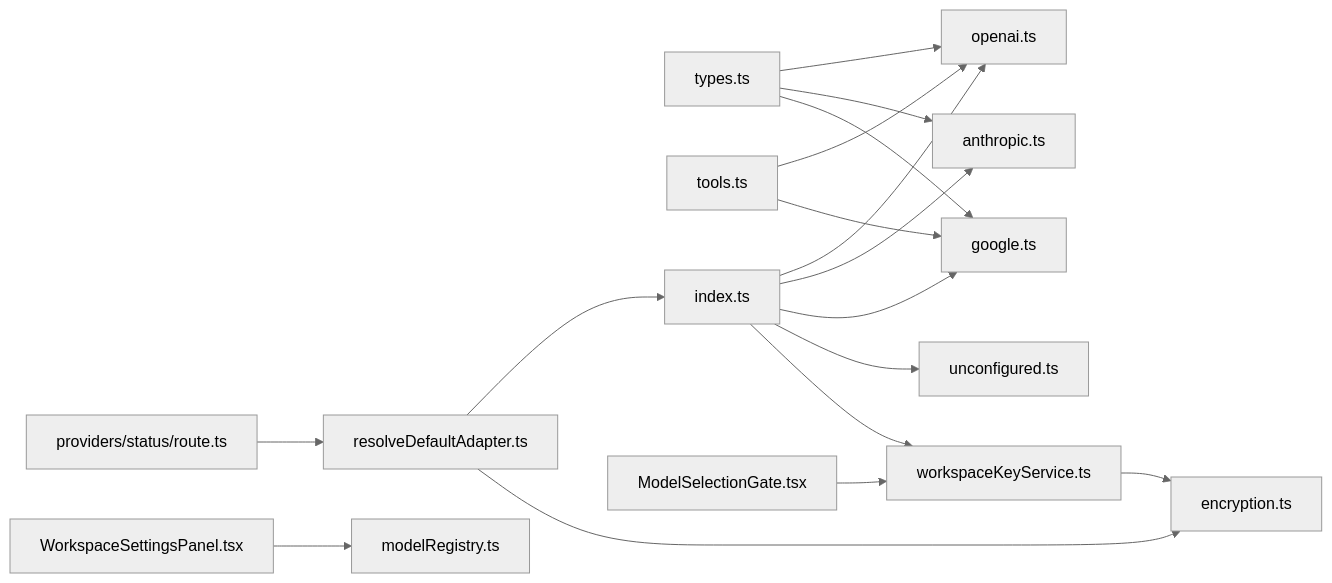
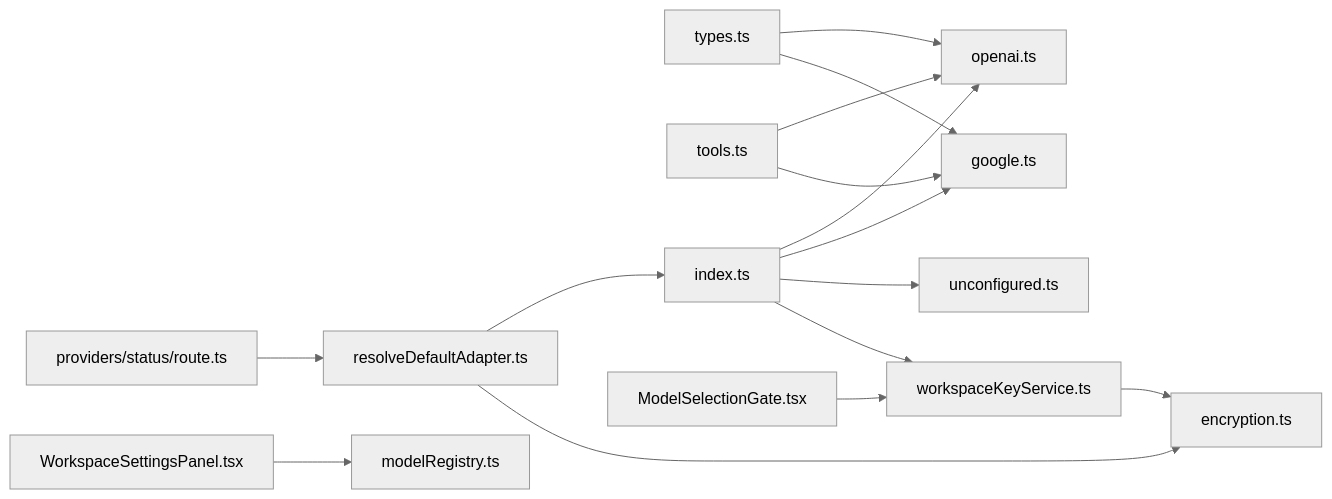
One commit to shekhargiri005-dotcom/AI-powered-accessibility-first-UI-engine changed the eighth of 8 diagrams in .qoder/repowiki/en/content/AI Generation Engine/AI Provider Adapters/AI Provider Adapters.md. Above: the diagram before and after it, drawn with Mermaid (neutral theme). The commit also changed other lines of this file and 10 other files, not shown here.

````diff
--- a/.qoder/repowiki/en/content/AI Generation Engine/AI Provider Adapters/AI Provider Adapters.md
+++ b/.qoder/repowiki/en/content/AI Generation Engine/AI Provider Adapters/AI Provider Adapters.md
@@ -554,19 +522,17 @@
 ```mermaid
 graph LR
 TYPES["types.ts"] --> OA["openai.ts"]
-TYPES --> AA["anthropic.ts"]
 TYPES --> GA["google.ts"]
 TOOLS["tools.ts"] --> OA
 TOOLS --> GA
 IDX["index.ts"] --> OA
-IDX --> AA
 IDX --> GA
 IDX --> UNC["unconfigured.ts"]
 IDX --> WKS["workspaceKeyService.ts"]
 RDA["resolveDefaultAdapter.ts"] --> IDX
 RDA --> ENC["encryption.ts"]
 WKS --> ENC
 API["providers/status/route.ts"] --> RDA
 MSG["ModelSelectionGate.tsx"] --> WKS
 WSP["WorkspaceSettingsPanel.tsx"] --> MR["modelRegistry.ts"]
 ```
````
